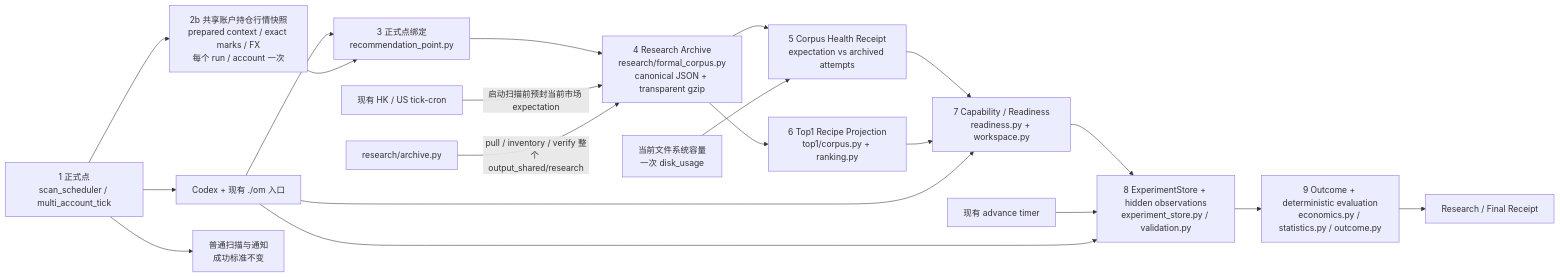
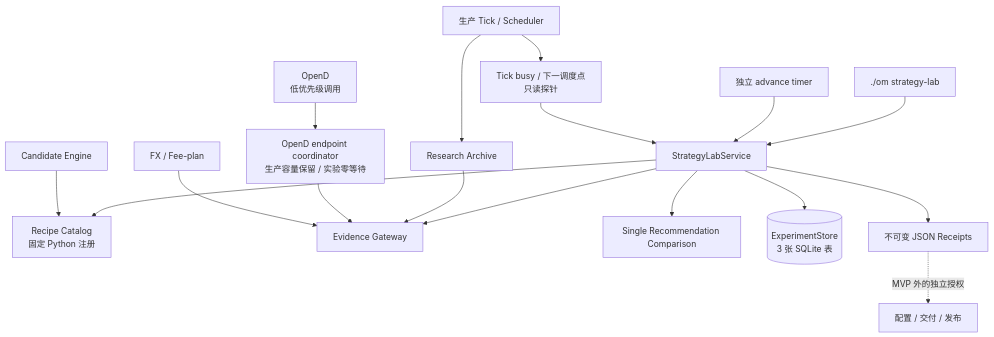
Before and after one commit to liuxie066/options-monitor: the diagram in docs/STRATEGY_LAB_EXPERIMENT_PLATFORM_SYSTEM_DESIGN.md, drawn with Mermaid. The commit also changed other lines of this file and 45 other files, not shown here.

Commit message:
feat(strategy-lab): establish phase 1 evidence foundations

````diff
--- a/docs/STRATEGY_LAB_EXPERIMENT_PLATFORM_SYSTEM_DESIGN.md
+++ b/docs/STRATEGY_LAB_EXPERIMENT_PLATFORM_SYSTEM_DESIGN.md
@@ -51,23 +37,20 @@
 ```mermaid
-flowchart LR
-    S["1 正式点\nscan_scheduler / multi_account_tick"] --> C["2a 唯一候选 production scan\nopening snapshot / required-data blob"]
-    S --> M["2b 共享账户持仓行情快照\nprepared context / exact marks / FX\n每个 run / account 一次"]
-    S --> N["普通扫描与通知\n成功标准不变"]
-    C --> B["3 正式点绑定\nrecommendation_point.py"]
-    M --> B
-    B --> A["4 Research Archive\nresearch/formal_corpus.py\ncanonical JSON + transparent gzip"]
-    A --> H["5 Corpus Health Receipt\nexpectation vs archived attempts"]
-    D["当前文件系统容量\n一次 disk_usage"] --> H
-    A --> P["6 Top1 Recipe Projection\ntop1/corpus.py + ranking.py"]
-    H --> R["7 Capability / Readiness\nreadiness.py + workspace.py"]
-    P --> R
-    R --> E["8 ExperimentStore + hidden observations\nexperiment_store.py / validation.py"]
-    E --> O["9 Outcome + deterministic evaluation\neconomics.py / statistics.py / outcome.py"]
-    O --> RC["Research / Final Receipt"]
+flowchart TB
+    CLI["./om strategy-lab"] --> S["StrategyLabService"]
+    TIMER["独立 advance timer"] --> S
 
-    T["现有 HK / US tick-cron"] -->|"启动扫描前预封当前市场 expectation"| A
-    AT["现有 advance timer"] --> E
-    C["Codex + 现有 ./om 入口"] --> R
-    C --> E
-    X["research/archive.py"] -->|"pull / inventory / verify 整个 output_shared/research"| A
+    S --> R["Recipe Catalog\n固定 Python 注册"]
+    S --> E["Evidence Gateway"]
+    S --> C["Single Recommendation Comparison"]
+    S --> ST[("ExperimentStore\n3 张 SQLite 表")]
+    S --> RC["不可变 JSON Receipts"]
+
+    CE["Candidate Engine"] --> R
+    RA["Research Archive"] --> E
+    OD["OpenD\n低优先级调用"] --> COORD["OpenD endpoint coordinator\n生产容量保留 / 实验零等待"] --> E
+    FX["FX / Fee-plan"] --> E
+
+    TICK["生产 Tick / Scheduler"] --> RA
+    TICK --> BUSY["Tick busy / 下一调度点\n只读探针"] --> S
+    RC -. "MVP 外的独立授权" .-> DELIVERY["配置 / 交付 / 发布"]
 ```
````
